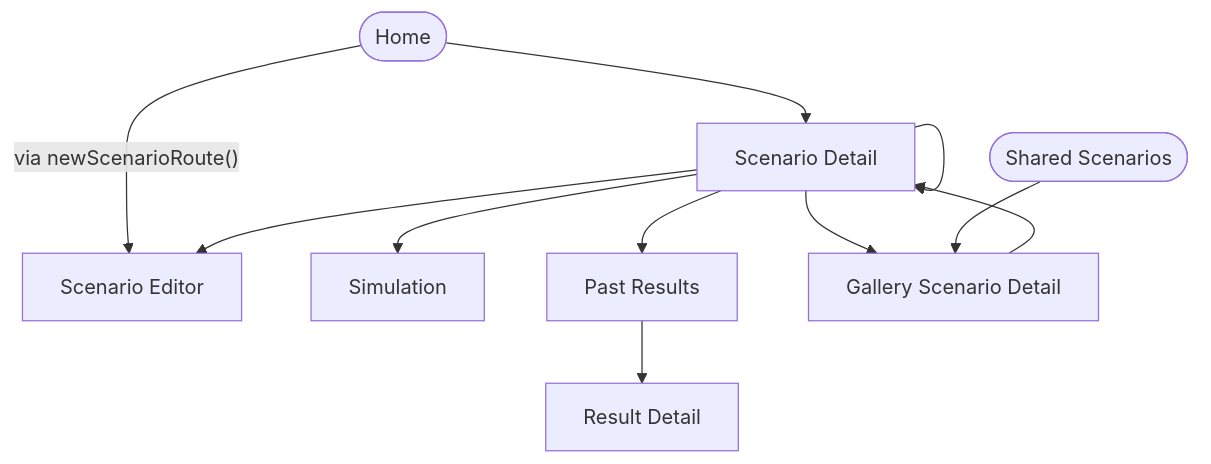
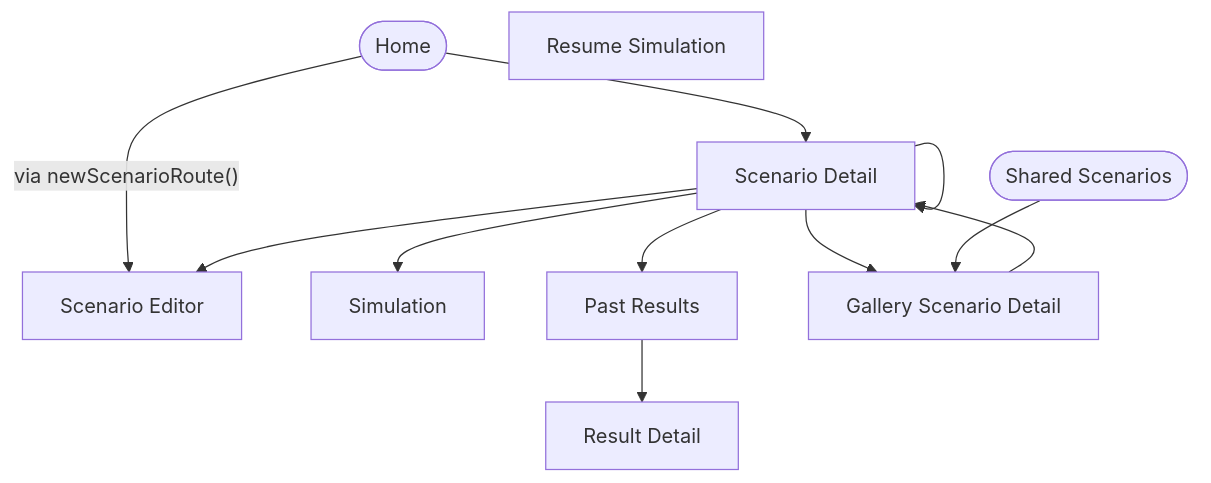
Before and after one commit to tyabu12/pastura: the diagram in docs/design/navigation-map.md, drawn with Mermaid. The commit also changed 15 other files, not shown here.

````diff
--- a/docs/design/navigation-map.md
+++ b/docs/design/navigation-map.md
@@ -14,21 +14,22 @@
 ```mermaid
 flowchart TD
   home([Home])
   sharedScenarios([Shared Scenarios])
   scenarioDetail["Scenario Detail"]
   editor["Scenario Editor"]
   simulation["Simulation"]
   results["Past Results"]
+  resumeSimulation["Resume Simulation"]
   resultDetail["Result Detail"]
   galleryScenarioDetail["Gallery Scenario Detail"]
   galleryScenarioDetail --> scenarioDetail
   home -->|"via newScenarioRoute()"| editor
   home --> scenarioDetail
   results --> resultDetail
   scenarioDetail --> editor
   scenarioDetail --> galleryScenarioDetail
   scenarioDetail --> results
   scenarioDetail --> scenarioDetail
   scenarioDetail --> simulation
   sharedScenarios --> galleryScenarioDetail
 ```
````
